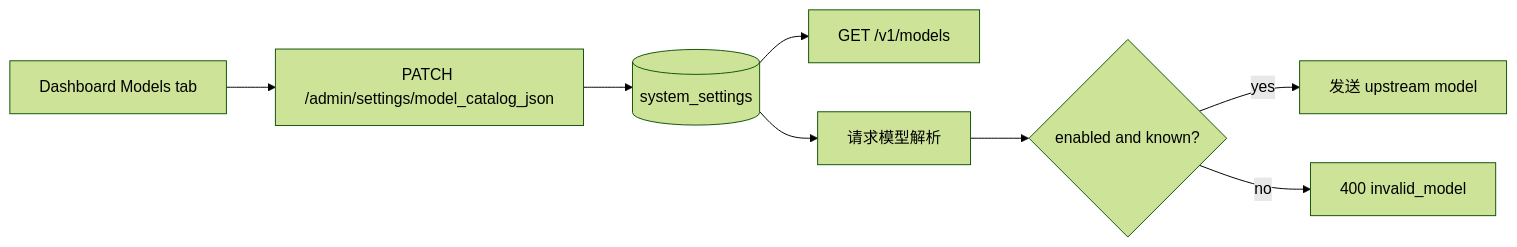
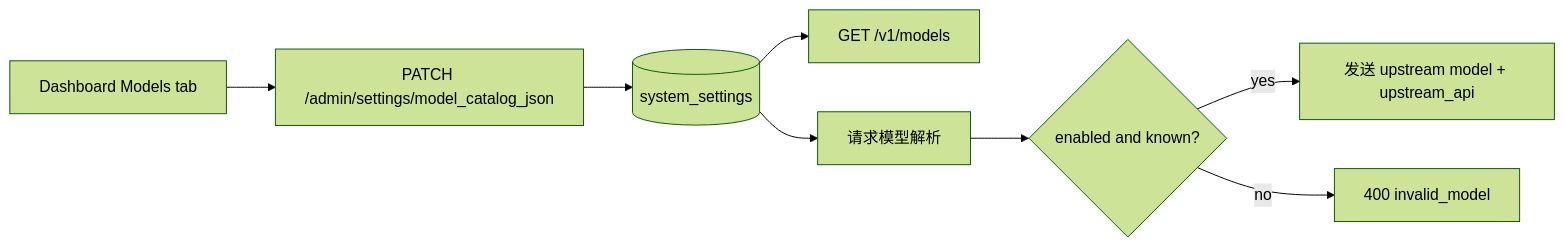
Before and after one commit to pczhao1210/ghcp-pool-proxy: the second of 2 diagrams in FEATURES.zh.md, drawn with Mermaid (forest theme). The commit also changed other lines of this file and 11 other files, not shown here.

````diff
--- a/FEATURES.zh.md
+++ b/FEATURES.zh.md
@@ -67,10 +67,10 @@
 ```mermaid
 flowchart LR
   A["Dashboard Models tab"] --> B["PATCH /admin/settings/model_catalog_json"]
   B --> C[(system_settings)]
   C --> D["GET /v1/models"]
   C --> E["请求模型解析"]
   E --> F{"enabled and known?"}
-  F -->|"yes"| G["发送 upstream model"]
+  F -->|"yes"| G["发送 upstream model + upstream_api"]
   F -->|"no"| H["400 invalid_model"]
 ```
````
